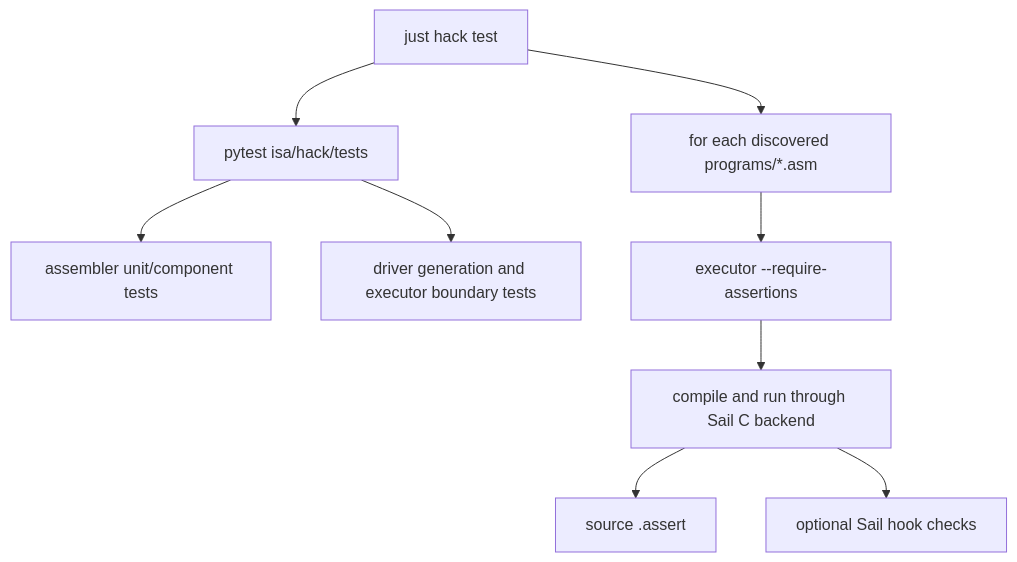
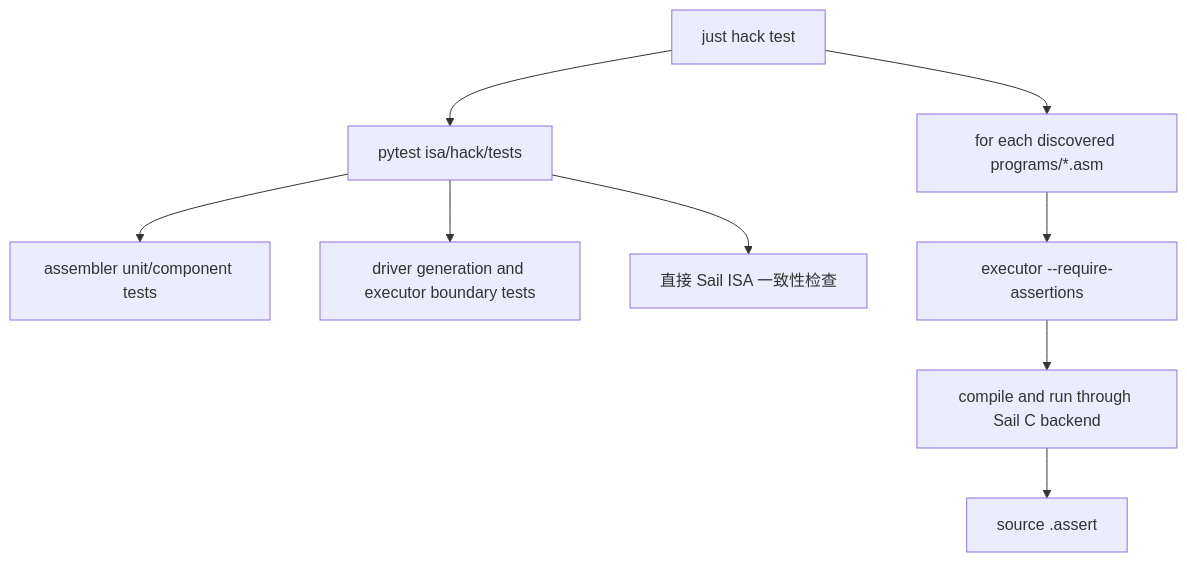
The second of 2 diagrams in site/docs/zh/hack/execution.mdx (VIDLG/verylogic-workspace-sail), drawn with Mermaid before and after one commit. The commit also changed other lines of this file and 19 other files, not shown here.

````diff
--- a/site/docs/zh/hack/execution.mdx
+++ b/site/docs/zh/hack/execution.mdx
@@ -432,11 +390,11 @@
 ```mermaid
 flowchart TD
     Test[just hack test] --> Pytest[pytest isa/hack/tests]
     Pytest --> AsmTests[assembler unit/component tests]
     Pytest --> ExecTests[driver generation and executor boundary tests]
     Test --> Programs[for each discovered programs/*.asm]
     Programs --> Required[executor --require-assertions]
     Required --> SailRun[compile and run through Sail C backend]
     SailRun --> Assertions[source .assert]
-    SailRun --> Conformance[optional Sail hook checks]
+    Pytest --> Conformance[直接 Sail ISA 一致性检查]
 ```
````
